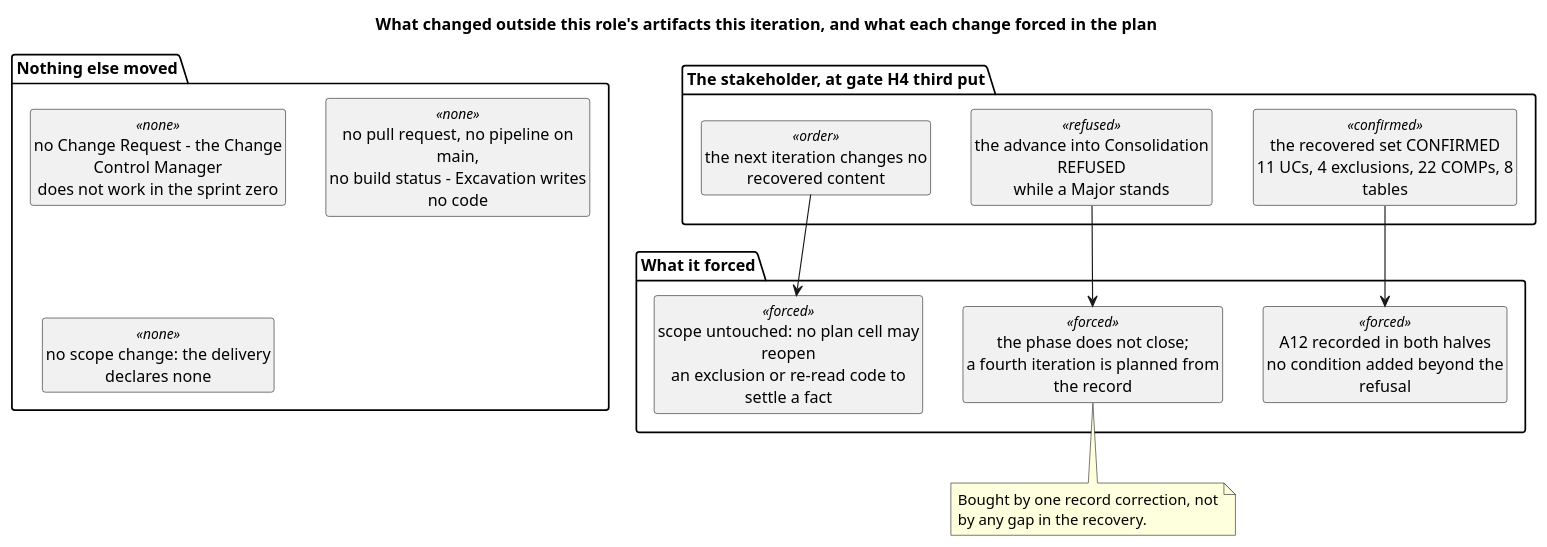
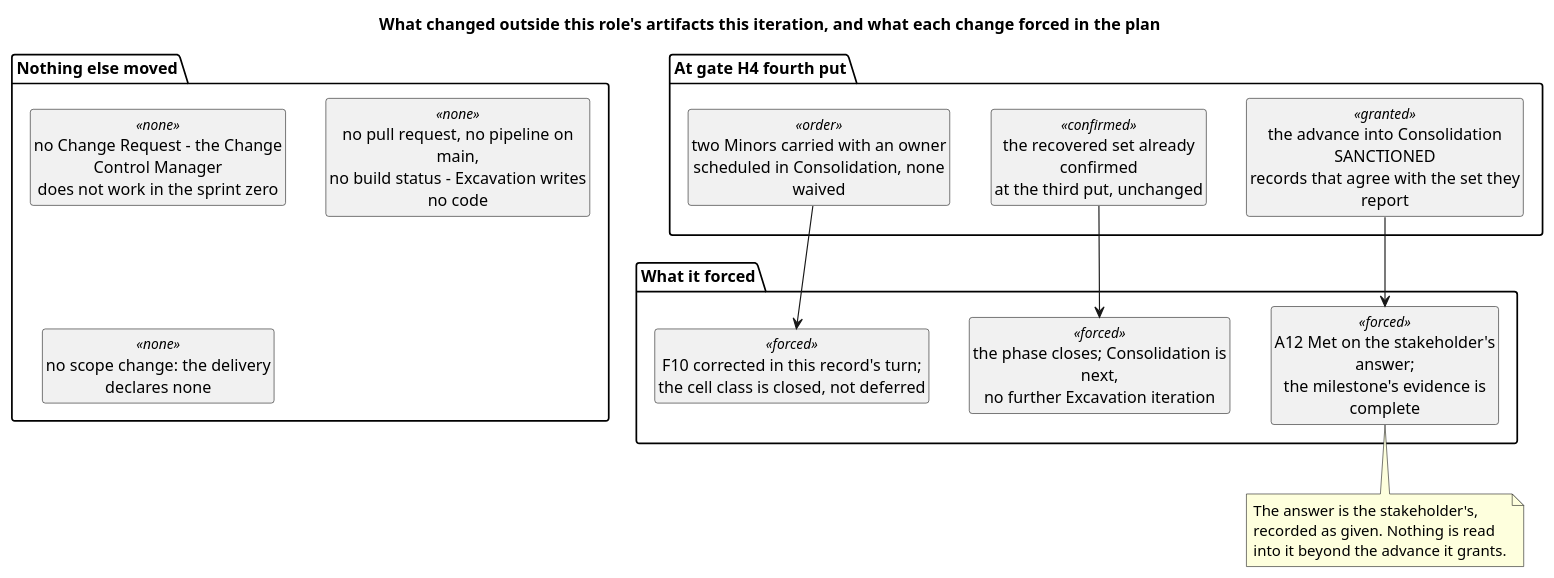
The fifth of 6 diagrams in docs/artifacts/project-management/iteration-assessment.md (banense-test/TodoApp), drawn with PlantUML before and after one commit. The commit also changed other lines of this file, not shown here.

Commit message:
Project Manager [Excavation4]: upsert Iteration Assessment
[skip ci]

````diff
--- a/docs/artifacts/project-management/iteration-assessment.md
+++ b/docs/artifacts/project-management/iteration-assessment.md
@@ -275,31 +274,32 @@
 ```plantuml
 @startuml
 title What changed outside this role's artifacts this iteration, and what each change forced in the plan
 skinparam shadowing false
 skinparam wrapWidth 235
 hide circle
 hide empty members
 
-package "The stakeholder, at gate H4 third put" {
-  class "the recovered set CONFIRMED\n11 UCs, 4 exclusions, 22 COMPs, 8 tables" as S1 <<confirmed>>
-  class "the advance into Consolidation REFUSED\nwhile a Major stands" as S2 <<refused>>
-  class "the next iteration changes no recovered content" as S3 <<order>>
+package "At gate H4 fourth put" {
+  class "the advance into Consolidation SANCTIONED\nrecords that agree with the set they report" as S1 <<granted>>
+  class "the recovered set already confirmed\nat the third put, unchanged" as S2 <<confirmed>>
+  class "two Minors carried with an owner\nscheduled in Consolidation, none waived" as S3 <<order>>
 }
 package "What it forced" {
-  class "A12 recorded in both halves\nno condition added beyond the refusal" as F1 <<forced>>
-  class "the phase does not close;\na fourth iteration is planned from the record" as F2 <<forced>>
-  class "scope untouched: no plan cell may reopen\nan exclusion or re-read code to settle a fact" as F3 <<forced>>
+  class "A12 Met on the stakeholder's answer;\nthe milestone's evidence is complete" as F1 <<forced>>
+  class "the phase closes; Consolidation is next,\nno further Excavation iteration" as F2 <<forced>>
+  class "F10 corrected in this record's turn;\nthe cell class is closed, not deferred" as F3 <<forced>>
 }
 package "Nothing else moved" {
   class "no Change Request - the Change Control Manager\ndoes not work in the sprint zero" as N1 <<none>>
   class "no pull request, no pipeline on main,\nno build status - Excavation writes no code" as N2 <<none>>
   class "no scope change: the delivery declares none" as N3 <<none>>
 }
 S1 --> F1
 S2 --> F2
 S3 --> F3
-note bottom of F2
-  Bought by one record correction, not by any gap in the recovery.
+note bottom of F1
+  The answer is the stakeholder's, recorded as given. Nothing is read
+  into it beyond the advance it grants.
 end note
 @enduml
 ```
````
